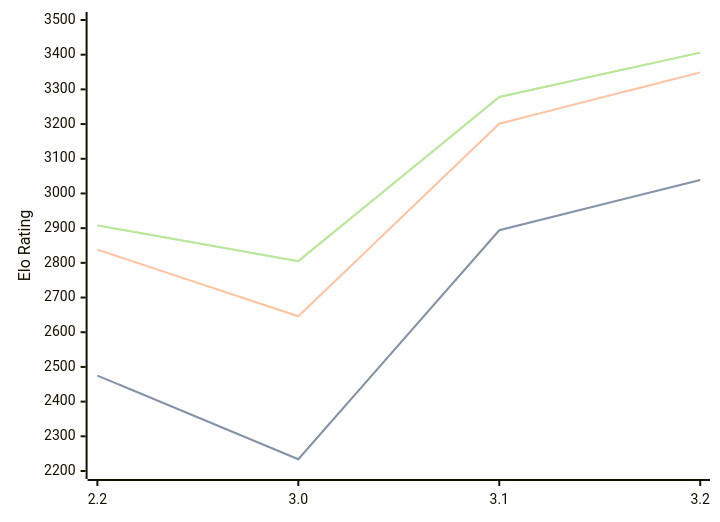
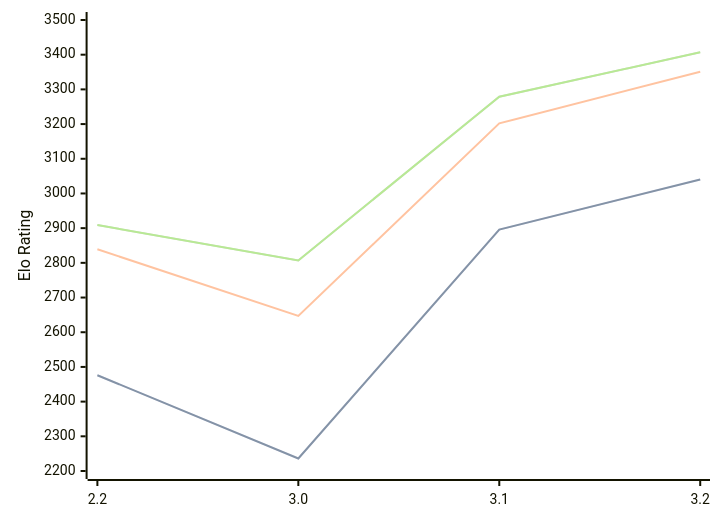
The diagram in engines/Thrawn.md (computer-chess-index/cci), drawn with Mermaid before and after one commit. The commit also changed other lines of this file, not shown here.

Commit message:
Update CCI Ratings (ELO VLTC) - 2026-10-09

````diff
--- a/engines/Thrawn.md
+++ b/engines/Thrawn.md
@@ -34,11 +34,11 @@
 ```mermaid
 %%{init: {"theme":"base","themeVariables":{"seriesColors:['#a3a3a3','#222221','#faa371']}}}%%
 xychart-beta
   x-axis ["2.2", "3.0", "3.1", "3.2"]
   y-axis "Elo Rating" 2200 --> 3500
-  line "" [2475, 2234, 2894, 3039]
-  line "STC (8.0+0.08s)" [2475, 2234, 2894, 3039]
-  line "LTC (60.0+0.60s)" [2838, 2646, 3201, 3349]
-  line "" [2908, 2805, 3278, 3406]
-  line "VLTC (2m24s+1.12s)" [2908, 2805, 3278, 3406]
+  line "" [2476, 2236, 2896, 3040]
+  line "STC (8.0+0.08s)" [2476, 2236, 2896, 3040]
+  line "LTC (60.0+0.60s)" [2839, 2647, 3202, 3351]
+  line "" [2909, 2807, 3279, 3407]
+  line "VLTC (2m24s+1.12s)" [2909, 2807, 3279, 3407]
 ```
````
